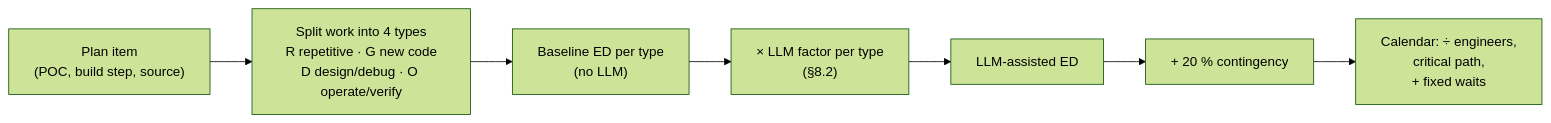
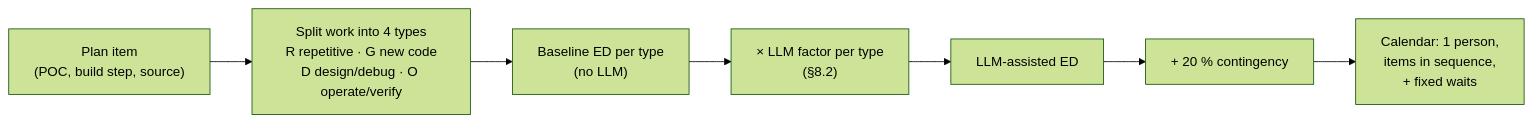
One commit to infroid/temporal-vs-dagster changed the tenth of 12 diagrams in docs/2-migration-plan.md. Above: the diagram before and after it, drawn with Mermaid (forest theme). The commit also changed other lines of this file and 1 other file, not shown here.

First line of the commit message:
Re-base estimates on one person working alone

````diff
--- a/docs/2-migration-plan.md
+++ b/docs/2-migration-plan.md
@@ -782,9 +783,9 @@
 ```mermaid
 flowchart LR
   I["Plan item<br/>(POC, build step, source)"] --> S["Split work into 4 types<br/>R repetitive · G new code<br/>D design/debug · O operate/verify"]
   S --> B["Baseline ED per type<br/>(no LLM)"]
   B --> X["× LLM factor per type<br/>(§8.2)"]
   X --> L["LLM-assisted ED"]
   L --> C["+ 20 % contingency"]
-  C --> T["Calendar: ÷ engineers,<br/>critical path,<br/>+ fixed waits"]
+  C --> T["Calendar: 1 person,<br/>items in sequence,<br/>+ fixed waits"]
 ```
````
